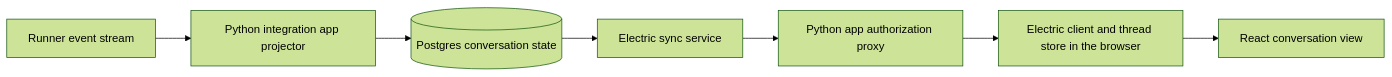
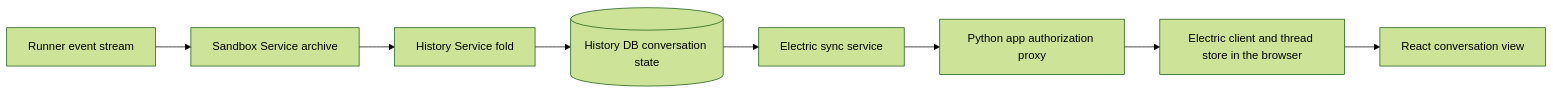
The diagram in agentplane/docs/thread_view_sync.md (agentydragon-agent/ducktape), drawn with Mermaid (forest theme) before and after one commit. The commit also changed other lines of this file and 117 other files, not shown here.

````diff
--- a/agentplane/docs/thread_view_sync.md
+++ b/agentplane/docs/thread_view_sync.md
@@ -249,9 +249,10 @@
 ```mermaid
 flowchart LR
-    runner[Runner event stream] --> app[Python integration app projector]
-    app --> pg[(Postgres conversation state)]
+    runner[Runner event stream] --> sandbox[Sandbox Service archive]
+    sandbox --> history[History Service fold]
+    history --> pg[(History DB conversation state)]
     pg --> electric[Electric sync service]
     electric --> proxy[Python app authorization proxy]
     proxy --> client[Electric client and thread store in the browser]
     client --> react[React conversation view]
 ```
````
